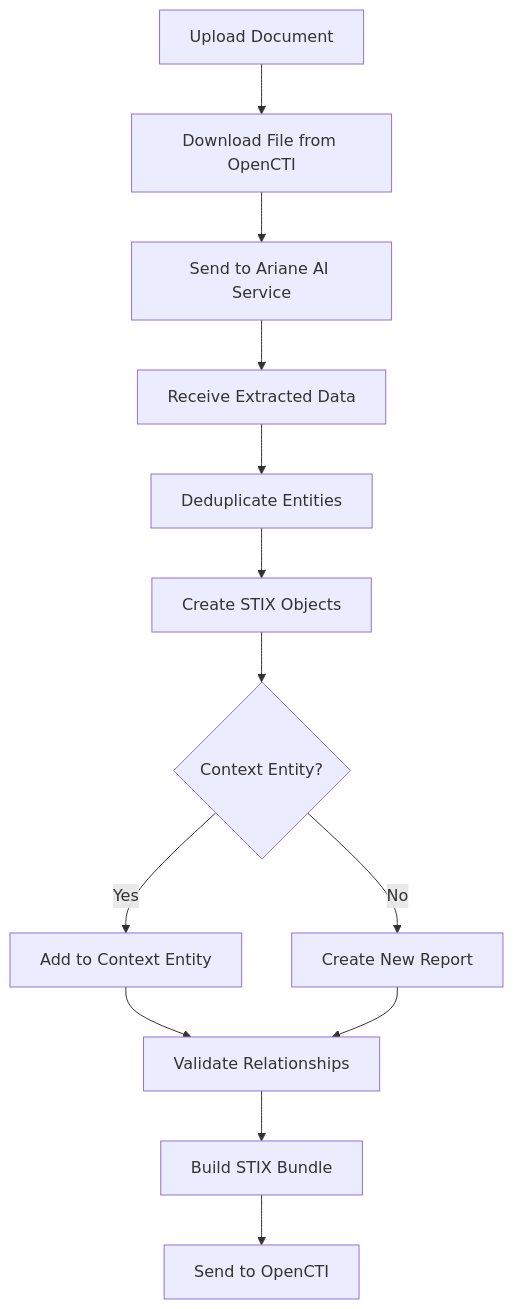
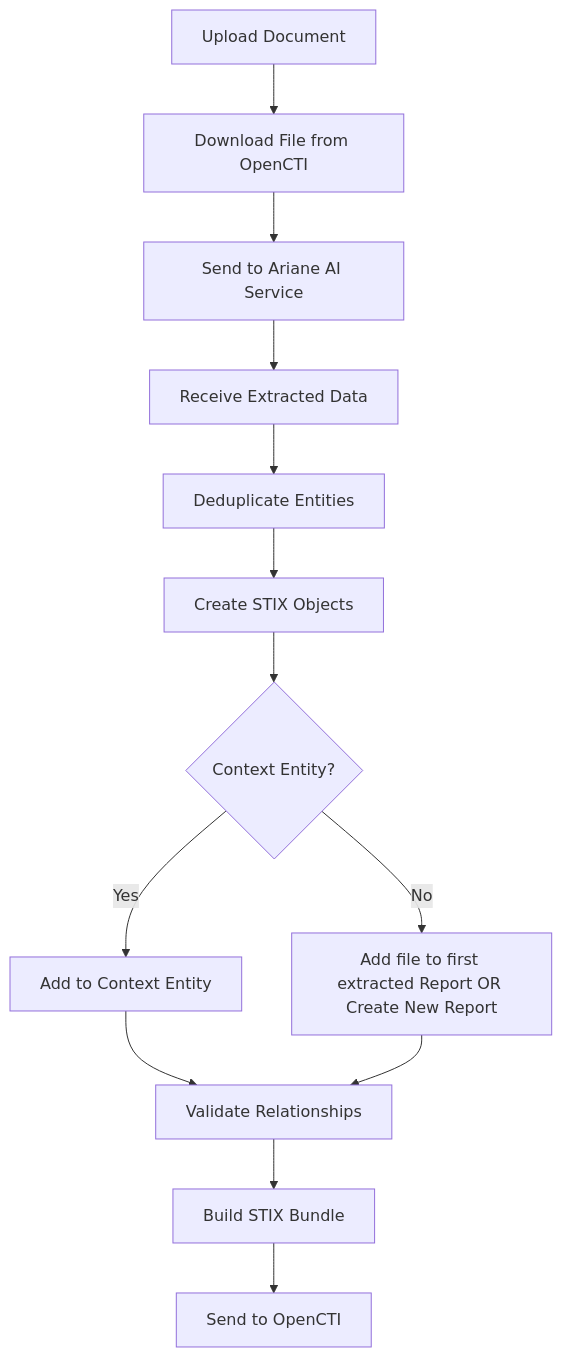
One commit to OpenCTI-Platform/connectors changed the first of 2 diagrams in internal-import-file/import-document-ai/README.md. Above: the diagram before and after it, drawn with Mermaid. The commit also changed other lines of this file, not shown here.

````diff
--- a/internal-import-file/import-document-ai/README.md
+++ b/internal-import-file/import-document-ai/README.md
@@ -153,15 +155,15 @@
 ```mermaid
 flowchart TD
     A[Upload Document] --> B[Download File from OpenCTI]
     B --> C[Send to Ariane AI Service]
     C --> D[Receive Extracted Data]
     D --> E[Deduplicate Entities]
     E --> F[Create STIX Objects]
     F --> G{Context Entity?}
     G -->|Yes| H[Add to Context Entity]
-    G -->|No| I[Create New Report]
+    G -->|No| I[Add file to first extracted Report OR Create New Report]
     H --> J[Validate Relationships]
     I --> J
     J --> K[Build STIX Bundle]
     K --> L[Send to OpenCTI]
 ```
````
